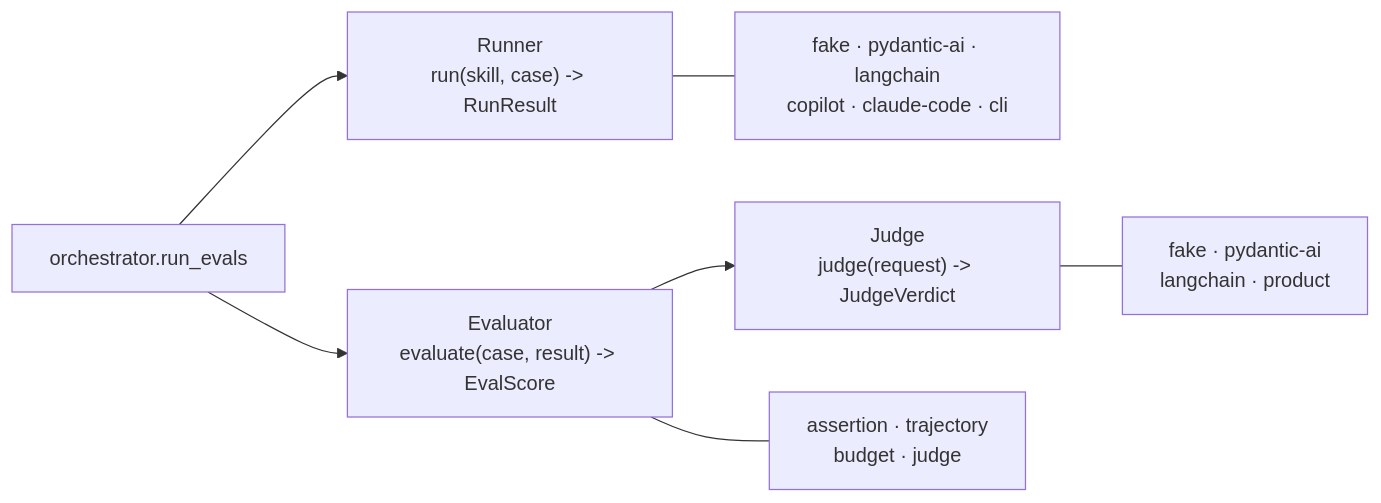
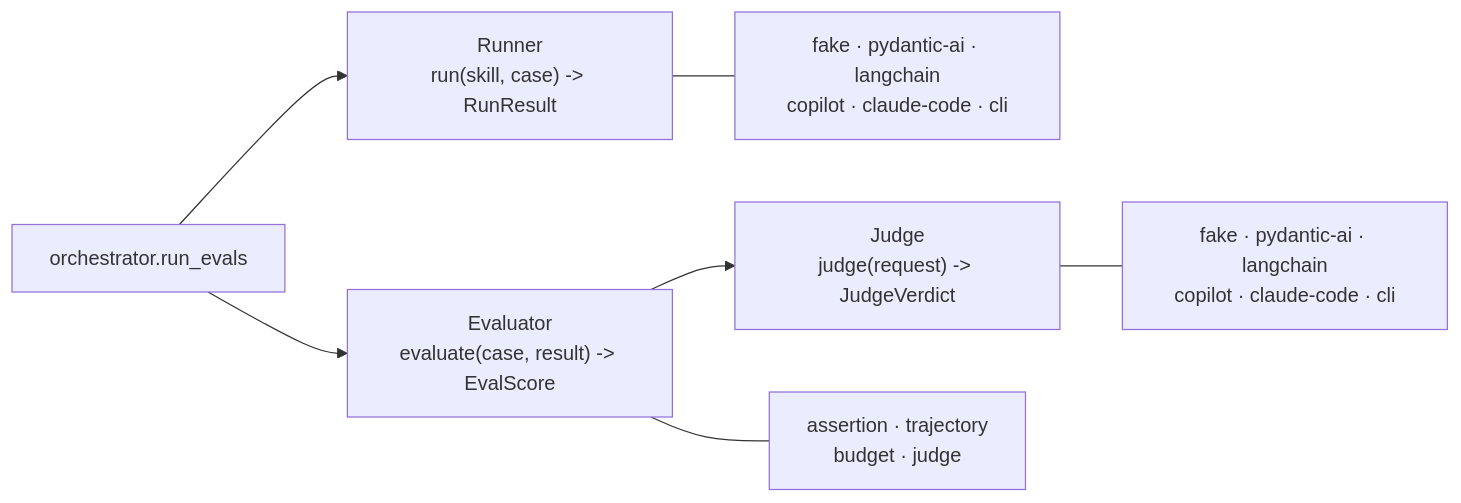
Before and after one commit to EmadMokhtar/skill-evaluator: the diagram in ARCHITECTURE.md, drawn with Mermaid. The commit also changed 1 other file, not shown here.

Commit message:
docs: name the judges you can actually configure
The judge row in ARCHITECTURE.md's protocols diagram said "product",
which nobody can pass to `judge = `; cli._JUDGE_NAMES only accepts
fake, pydantic-ai, langchain, copilot, claude-code and cli, and
ProductJudge.name is always one of the last three, never the literal
string "product". Spell out the same six names the runner row already
does, since the picture invites a reader to compare the two rows.

The gating.md exit-code diagram and its --min-delta section named only
three of the four reasons `evaluate_gate` can fail once --min-delta is
set: missing was "delta is None" (no baseline arm ran at all, which an
all-offered suite under --baseline none reaches in practice), checked
before the other three in gating.py. Added it to both the diagram edge
and the prose list, and clarified that the existing "a single skipped
baseline isn't a gate reason" sentence stops holding once every case's
baseline is skipped.

````diff
--- a/ARCHITECTURE.md
+++ b/ARCHITECTURE.md
@@ -74,10 +74,10 @@
 ```mermaid
 flowchart LR
     ORCH["orchestrator.run_evals"]
     ORCH --> RP["Runner<br/>run(skill, case) -> RunResult"]
     ORCH --> EP["Evaluator<br/>evaluate(case, result) -> EvalScore"]
     EP --> JP["Judge<br/>judge(request) -> JudgeVerdict"]
     RP --- RI["fake · pydantic-ai · langchain<br/>copilot · claude-code · cli"]
     EP --- EI["assertion · trajectory<br/>budget · judge"]
-    JP --- JI["fake · pydantic-ai<br/>langchain · product"]
+    JP --- JI["fake · pydantic-ai · langchain<br/>copilot · claude-code · cli"]
 ```
````
